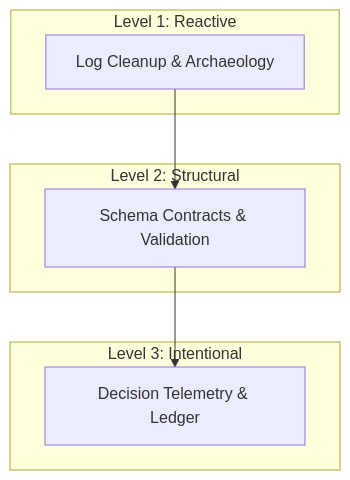
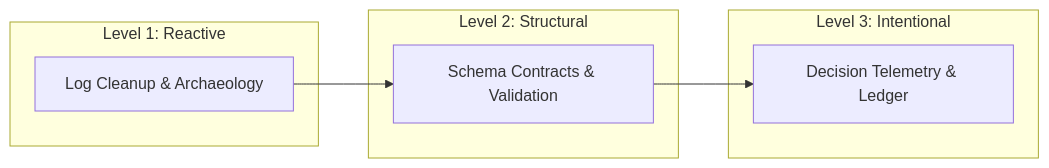
One commit to logicoflife/decision-telemetry-whitepaper changed the second of 3 diagrams in paper/decision-telemetry.md. Above: the diagram before and after it, drawn with Mermaid.

Commit message:
fixed diagram allignment in md file

````diff
--- a/paper/decision-telemetry.md
+++ b/paper/decision-telemetry.md
@@ -172,15 +172,15 @@
 ```mermaid
-graph TD
+graph LR
     subgraph Level 1: Reactive
         L1[Log Cleanup & Archaeology]
     end
     subgraph Level 2: Structural
         L2[Schema Contracts & Validation]
     end
     subgraph Level 3: Intentional
         L3[Decision Telemetry & Ledger]
     end
     
     L1 --> L2
     L2 --> L3
 ```
````
